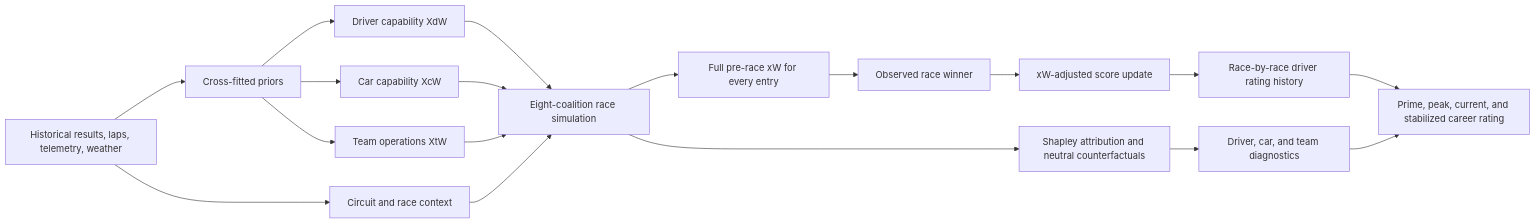
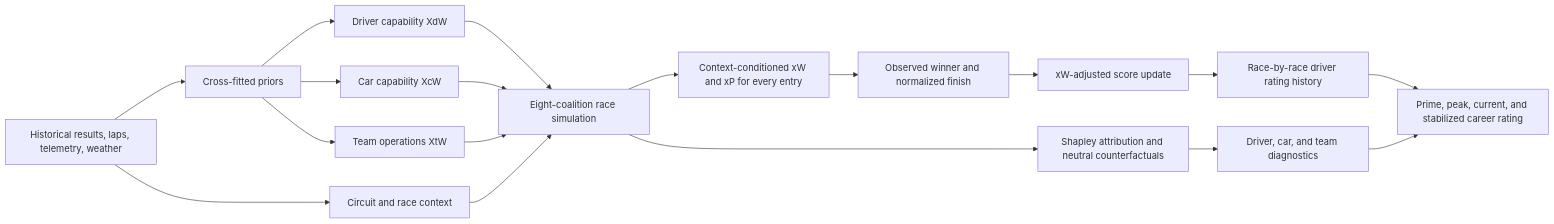
The diagram in docs/ranking-architecture.md (MynosIII/f1-driver-ranking), drawn with Mermaid before and after one commit. The commit also changed other lines of this file and 18 other files, not shown here.

````diff
--- a/docs/ranking-architecture.md
+++ b/docs/ranking-architecture.md
@@ -14,20 +14,20 @@
 ```mermaid
 flowchart LR
     A["Historical results, laps, telemetry, weather"] --> B["Cross-fitted priors"]
     B --> C["Driver capability XdW"]
     B --> D["Car capability XcW"]
     B --> E["Team operations XtW"]
     A --> F["Circuit and race context"]
     C --> G["Eight-coalition race simulation"]
     D --> G
     E --> G
     F --> G
-    G --> H["Full pre-race xW for every entry"]
+    G --> H["Context-conditioned xW and xP for every entry"]
     G --> I["Shapley attribution and neutral counterfactuals"]
-    H --> J["Observed race winner"]
+    H --> J["Observed winner and normalized finish"]
     J --> K["xW-adjusted score update"]
     I --> L["Driver, car, and team diagnostics"]
     K --> M["Race-by-race driver rating history"]
     M --> N["Prime, peak, current, and stabilized career rating"]
     L --> N
 ```
````
